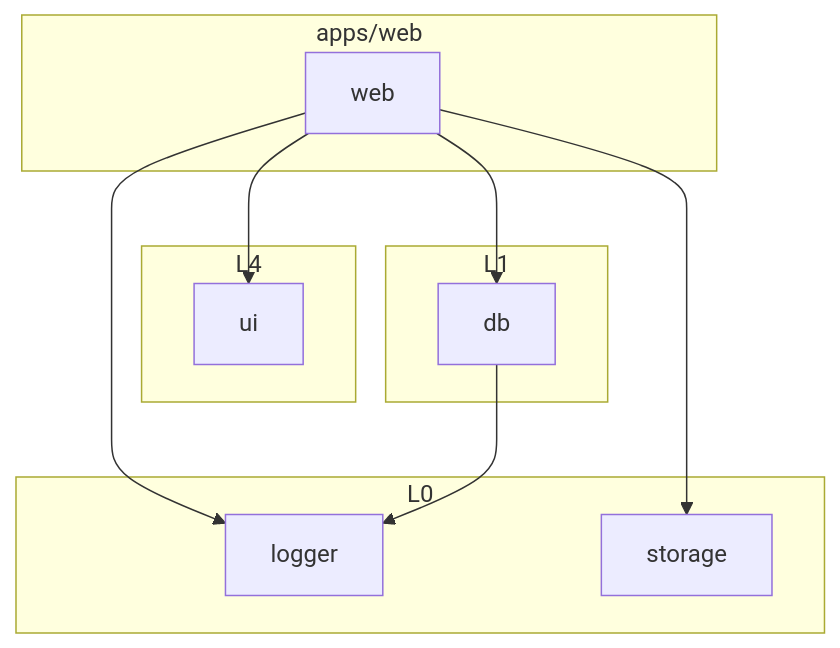
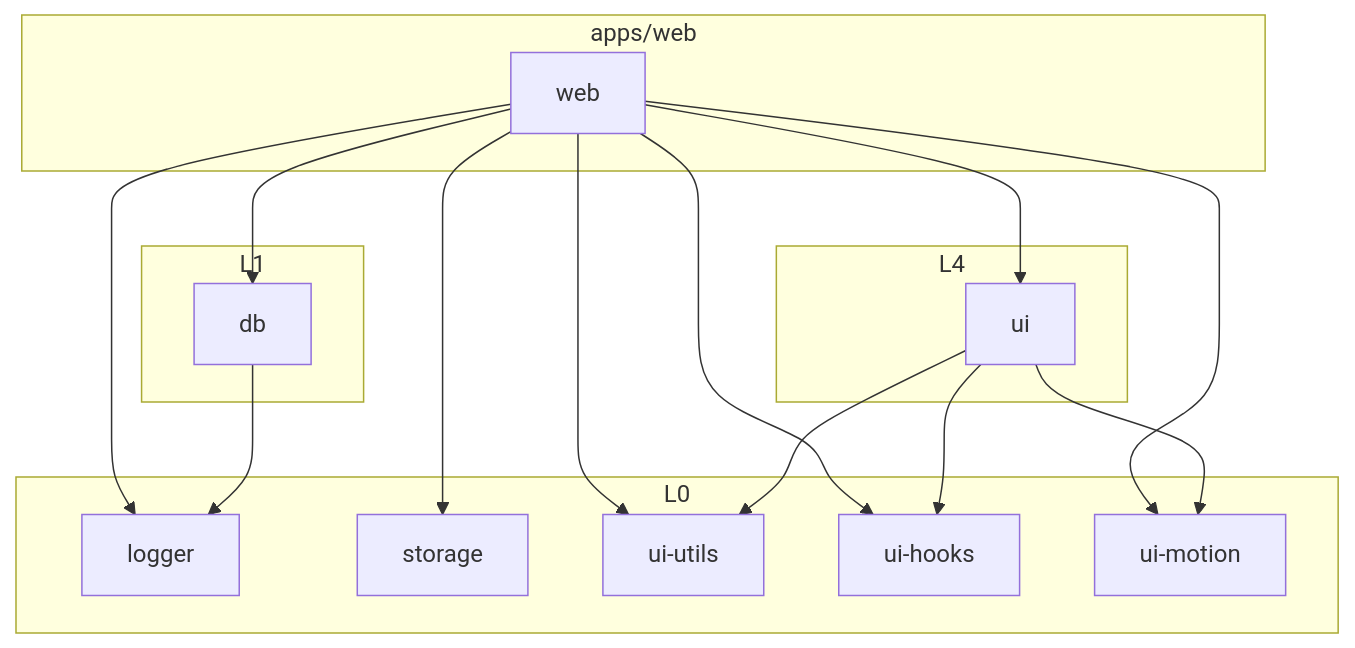
The third of 9 diagrams in docs/architecture.md (lthphuw/byte-of-me), drawn with Mermaid before and after one commit. The commit also changed other lines of this file and 115 other files, not shown here.

````diff
--- a/docs/architecture.md
+++ b/docs/architecture.md
@@ -137,22 +146,31 @@
 ```mermaid
 flowchart TB
     subgraph APP["apps/web"]
         WEB["web"]
     end
     subgraph L4["L4"]
         UI["ui"]
     end
     subgraph L1["L1"]
         DB["db"]
     end
     subgraph L0["L0"]
         LOG["logger"]
         ST["storage"]
+        UTILS["ui-utils"]
+        HOOKS["ui-hooks"]
+        MOTION["ui-motion"]
     end
 
     WEB --> UI
     WEB --> DB
     WEB --> ST
     WEB --> LOG
+    WEB --> UTILS
+    WEB --> HOOKS
+    WEB --> MOTION
+    UI --> UTILS
+    UI --> HOOKS
+    UI --> MOTION
     DB --> LOG
 ```
````
